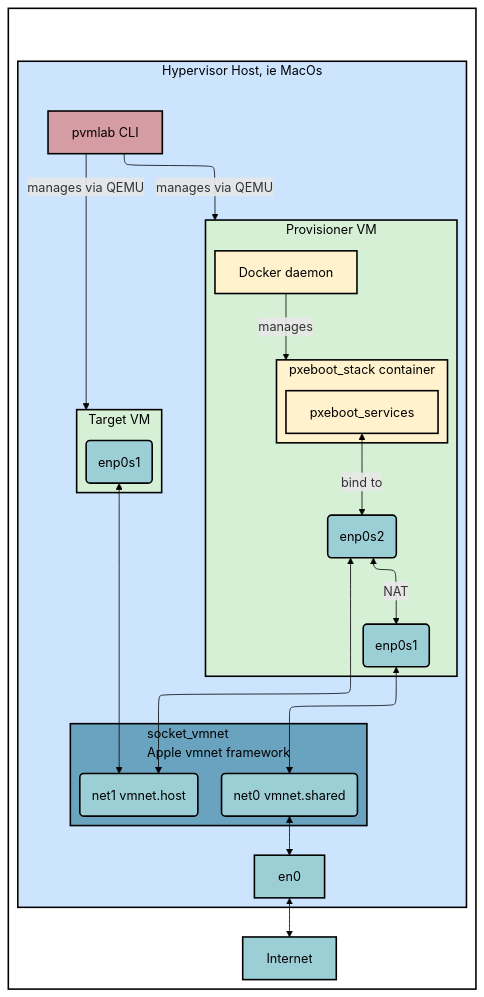
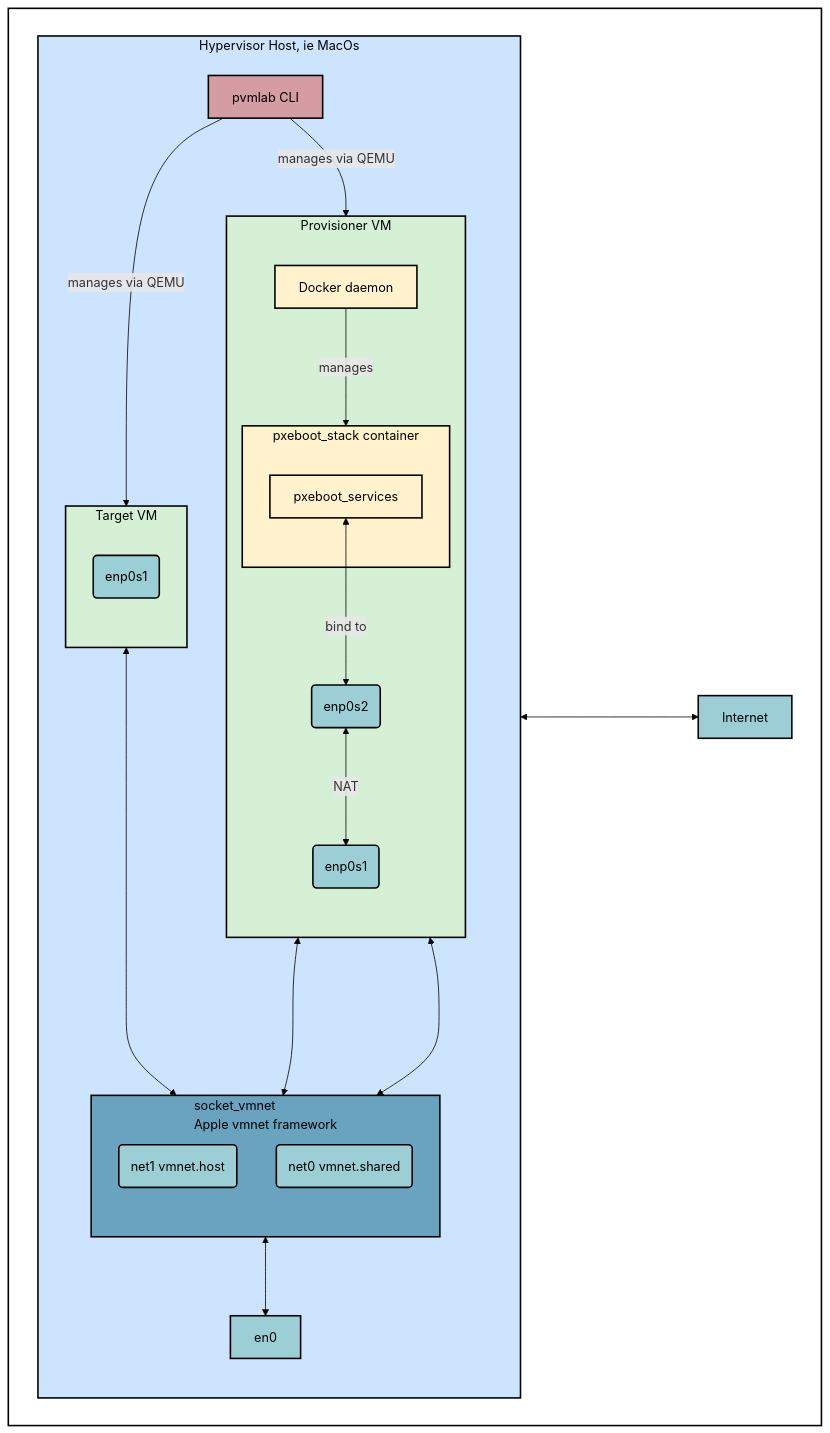
The diagram in README.md (pallotron/pvmlab), drawn with Mermaid before and after one commit.

````diff
--- a/README.md
+++ b/README.md
@@ -21,66 +21,62 @@
 ```mermaid
----
-config:
-    layout: elk
----
 flowchart TD
 %% Define style classes for different components
 classDef hostStyle fill:#cde4ff,stroke:black,stroke-width:2px,color:#000
 classDef vmStyle fill:#d5f0d5,stroke:black,stroke-width:2px,color:#000
 classDef dockerStyle fill:#fff2cc,stroke:black,stroke-width:2px,color:#000
 classDef interfaceStyle fill:#9cced6,stroke:black,stroke-width:2px,color:#000
 classDef cliStyle fill:#d69ca4,stroke:black,stroke-width:2px,color:#000
 classDef socketVmnetStyle fill:#69a3bf,stroke:black,stroke-width:2px,color:#000
 classDef backgroundStyle fill:white,stroke:black,stroke-width:2px,color:#000
 
 subgraph G [ ]
     subgraph H [Hypervisor Host, ie MacOs]
         direction TB
         cli[pvmlab CLI]
         en0
         subgraph V [Provisioner VM]
             direction TB
             provisioner_vm_enp0s1(enp0s1)
             provisioner_vm_enp0s2(enp0s2)
             Docker[Docker daemon]
             subgraph "pxeboot_stack" [pxeboot_stack container]
                 pxeboot_services
             end
         end
         subgraph T [Target VM]
             direction TB
             target_vm_enp0s1(enp0s1)
         end
         subgraph N [socket_vmnet<br/>Apple vmnet framework]
             direction TB
             virtual_net1_private(net1 vmnet.host)
             virtual_net0_shared(net0 vmnet.shared)
         end
     end
     Internet
 end
 
 
 en0 <----> Internet
 Docker -- manages --> pxeboot_stack
 provisioner_vm_enp0s1 <--> virtual_net0_shared
 provisioner_vm_enp0s2 <---> virtual_net1_private
 provisioner_vm_enp0s2 <-- NAT --> provisioner_vm_enp0s1
 target_vm_enp0s1 <---> virtual_net1_private
 pxeboot_services <-- bind to --> provisioner_vm_enp0s2
 virtual_net0_shared <--> en0
 cli -- manages via QEMU --> V
 cli -- manages via QEMU --> T
 
 
 %% Apply the defined classes to the nodes
 class H hostStyle
 class G backgroundStyle
 class pxeboot_stack,Docker,pxeboot_services dockerStyle
 class V,T vmStyle
 class target_vm_enp0s1,provisioner_vm_enp0s1,provisioner_vm_enp0s2,provisioner_vm_enp0s3,en0,virtual_net0_shared,virtual_net1_private interfaceStyle
 class cli cliStyle
 class N socketVmnetStyle
 class Internet interfaceStyle
 linkStyle default stroke:black
 ```
````
